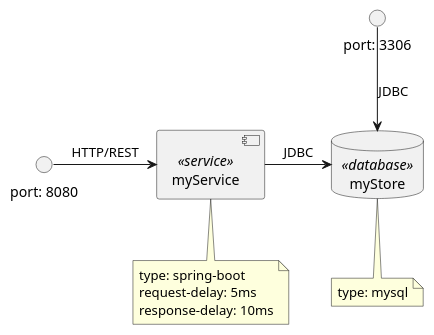
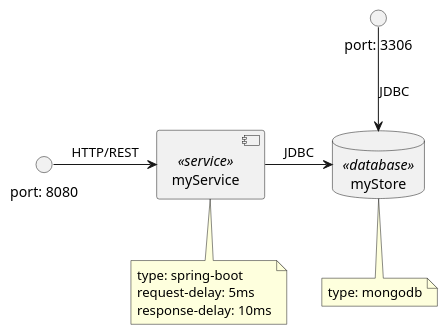
One commit to iteratec/microzoo changed the diagram in scenarios/minimal.puml. Above: the diagram before and after it, drawn with PlantUML. The commit also changed 20 other files, not shown here.

```diff
--- a/scenarios/minimal.puml
+++ b/scenarios/minimal.puml
@@ -1,22 +1,22 @@
 @startuml
 
 database "myStore" <<database>>
 note bottom of "myStore" {
-    type: mysql
+    type: mongodb
 }
 
 component "myService" <<service>>
 note bottom of "myService" {
     type: spring-boot
     request-delay: 5ms
     response-delay: 10ms
 }
 
 interface "port: 8080"
 interface "port: 3306"
 
 [myService] -> [myStore]: JDBC
 [port: 8080] -> [myService]: HTTP/REST
 [port: 3306] --> [myStore]: JDBC
 
 @enduml
```
